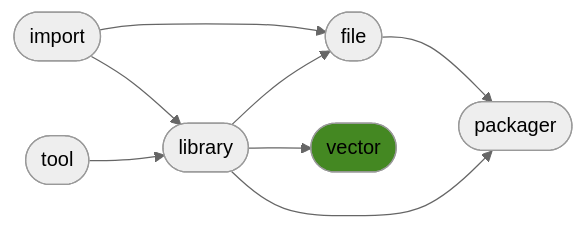
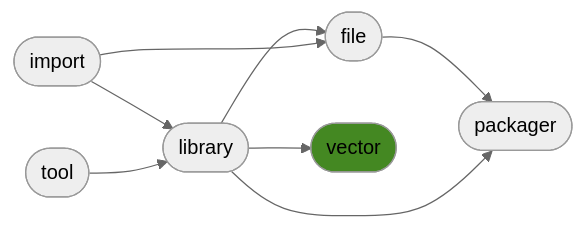
One commit to ManderaGeneral/generalvector changed the diagram in README.md. Above: the diagram before and after it, drawn with Mermaid (neutral theme). The commit also changed other lines of this file, not shown here.

````diff
--- a/README.md
+++ b/README.md
@@ -24,17 +24,17 @@
 ```mermaid
 flowchart LR
+2([library]) --> 4([vector])
 0([import]) --> 2([library])
-0([import]) --> 3([file])
-1([tool]) --> 2([library])
 2([library]) --> 3([file])
 3([file]) --> 5([packager])
-2([library]) --> 4([vector])
+1([tool]) --> 2([library])
+0([import]) --> 3([file])
 2([library]) --> 5([packager])
 click 0 "https://github.com/ManderaGeneral/generalimport"
 click 1 "https://github.com/ManderaGeneral/generaltool"
 click 2 "https://github.com/ManderaGeneral/generallibrary"
 click 3 "https://github.com/ManderaGeneral/generalfile"
 click 4 "https://github.com/ManderaGeneral/generalvector"
 click 5 "https://github.com/ManderaGeneral/generalpackager"
 style 4 fill:#482
 ```
````
